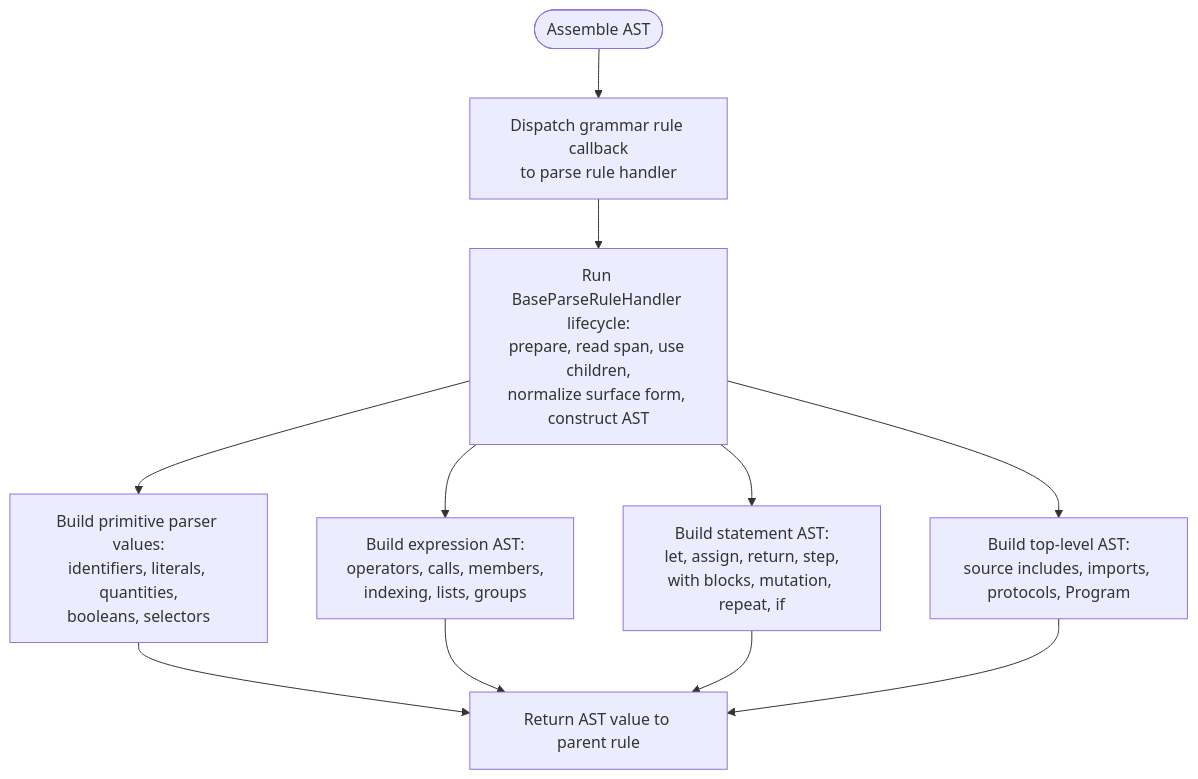
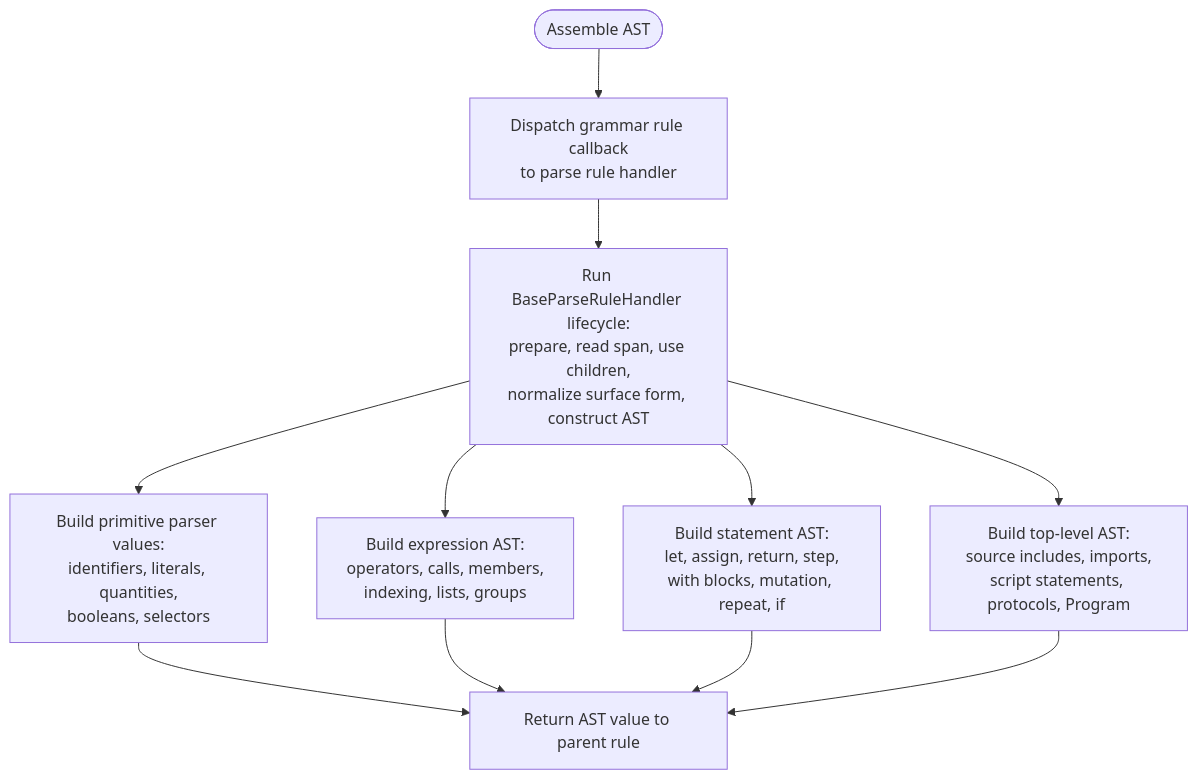
The third of 5 diagrams in docs/architecture/parser_module_diagrams.md (culsma/culsma), drawn with Mermaid before and after one commit. The commit also changed other lines of this file and 30 other files, not shown here.

````diff
--- a/docs/architecture/parser_module_diagrams.md
+++ b/docs/architecture/parser_module_diagrams.md
@@ -70,22 +70,22 @@
 ```mermaid
 flowchart TB
     Start(["Assemble AST"])
     Dispatch["Dispatch grammar rule callback<br/>to parse rule handler"]
     Lifecycle["Run BaseParseRuleHandler lifecycle:<br/>prepare, read span, use children,<br/>normalize surface form, construct AST"]
     Leaf["Build primitive parser values:<br/>identifiers, literals, quantities,<br/>booleans, selectors"]
     Expr["Build expression AST:<br/>operators, calls, members,<br/>indexing, lists, groups"]
     Stmt["Build statement AST:<br/>let, assign, return, step,<br/>with blocks, mutation, repeat, if"]
-    TopLevel["Build top-level AST:<br/>source includes, imports, protocols, Program"]
+    TopLevel["Build top-level AST:<br/>source includes, imports,<br/>script statements, protocols, Program"]
     Return["Return AST value to parent rule"]
 
     Start --> Dispatch
     Dispatch --> Lifecycle
     Lifecycle --> Leaf
     Lifecycle --> Expr
     Lifecycle --> Stmt
     Lifecycle --> TopLevel
     Leaf --> Return
     Expr --> Return
     Stmt --> Return
     TopLevel --> Return
 ```
````
